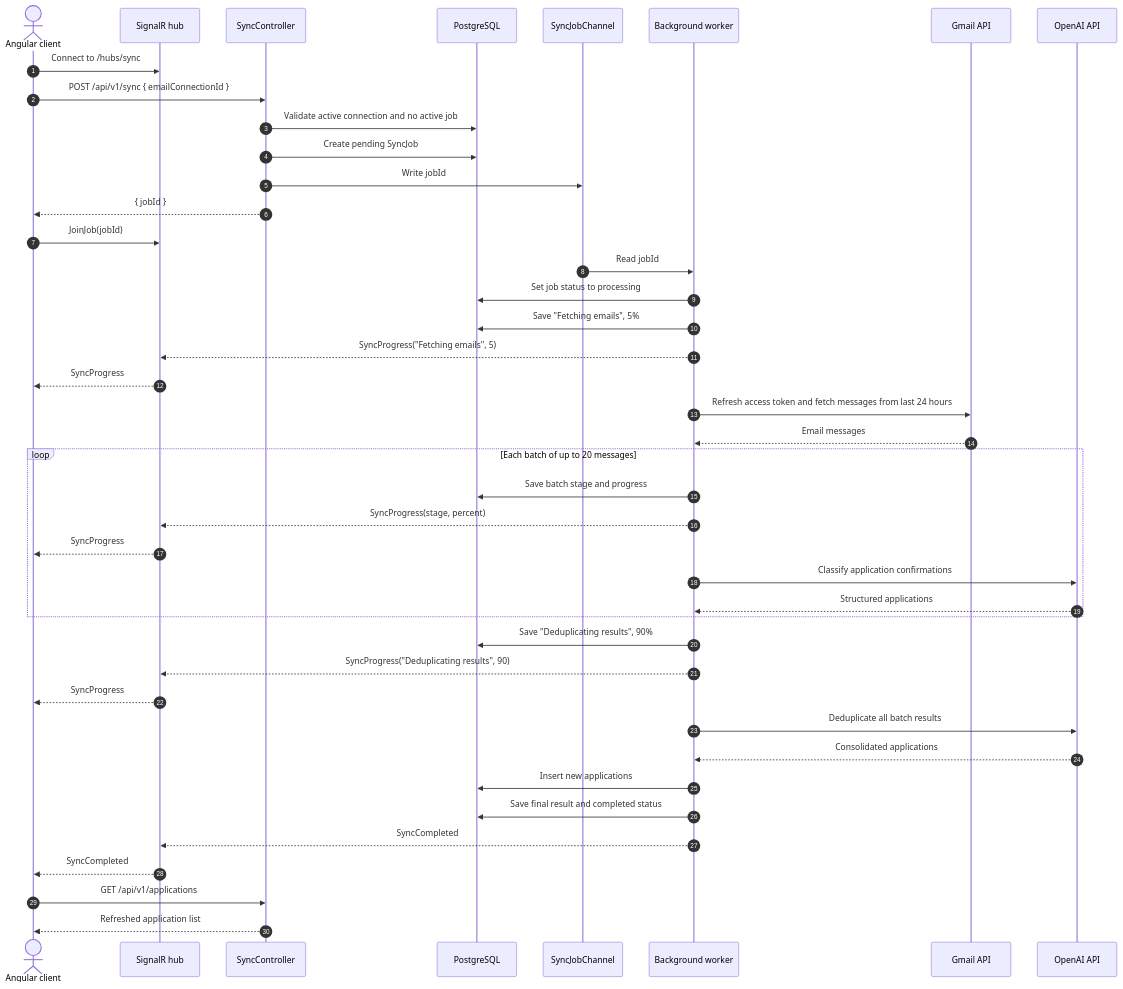
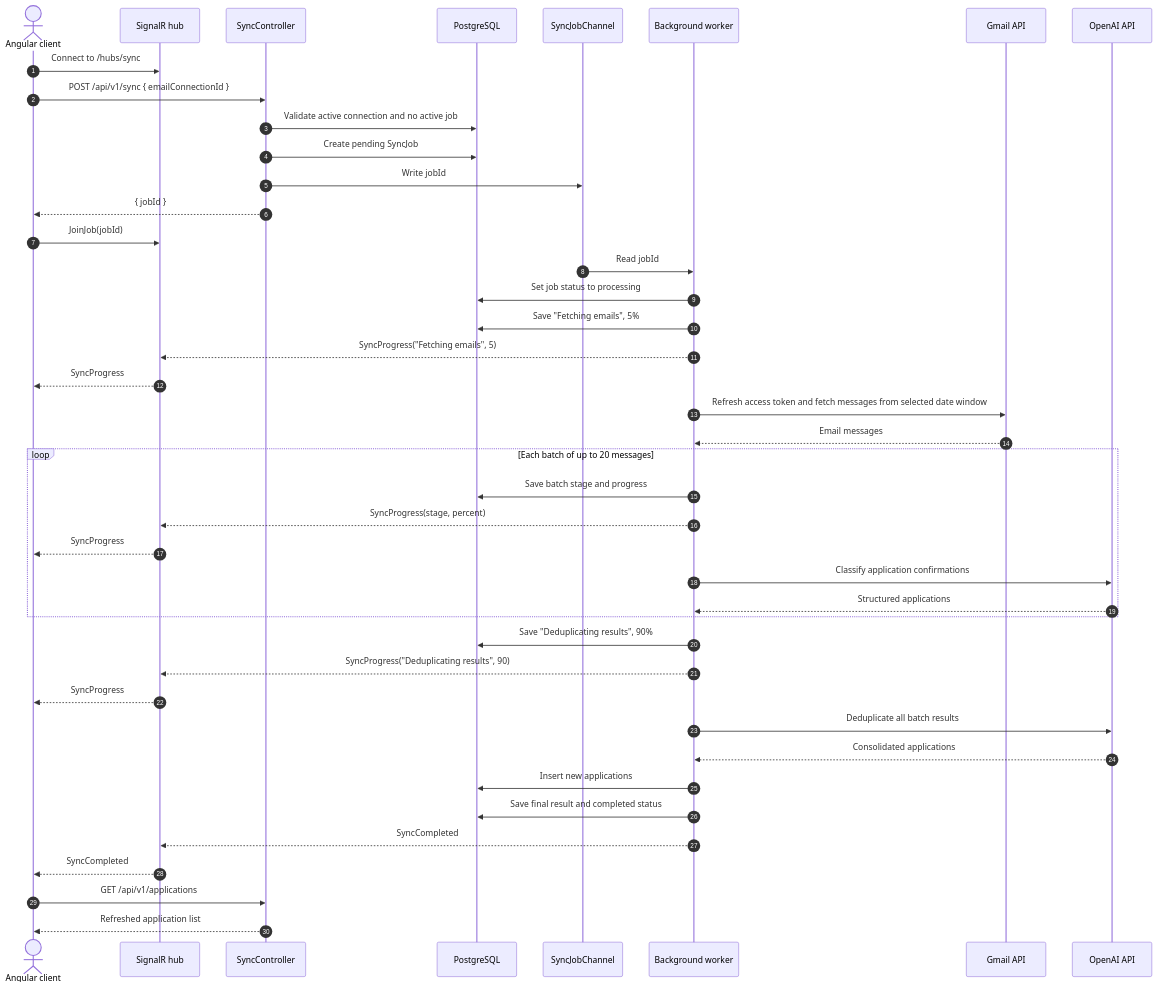
One commit to ndang247/job-sync changed the second of 2 diagrams in docs/specs/core-sync-architecture.md. Above: the diagram before and after it, drawn with Mermaid. The commit also changed other lines of this file and 14 other files, not shown here.

````diff
--- a/docs/specs/core-sync-architecture.md
+++ b/docs/specs/core-sync-architecture.md
@@ -107,50 +107,50 @@
 ```mermaid
 sequenceDiagram
     autonumber
     actor Client as Angular client
     participant Hub as SignalR hub
     participant API as SyncController
     participant DB as PostgreSQL
     participant Queue as SyncJobChannel
     participant Worker as Background worker
     participant Gmail as Gmail API
     participant AI as OpenAI API
 
     Client->>Hub: Connect to /hubs/sync
     Client->>API: POST /api/v1/sync { emailConnectionId }
     API->>DB: Validate active connection and no active job
     API->>DB: Create pending SyncJob
     API->>Queue: Write jobId
     API-->>Client: { jobId }
     Client->>Hub: JoinJob(jobId)
 
     Queue->>Worker: Read jobId
     Worker->>DB: Set job status to processing
     Worker->>DB: Save "Fetching emails", 5%
     Worker-->>Hub: SyncProgress("Fetching emails", 5)
     Hub-->>Client: SyncProgress
 
-    Worker->>Gmail: Refresh access token and fetch messages from last 24 hours
+    Worker->>Gmail: Refresh access token and fetch messages from selected date window
     Gmail-->>Worker: Email messages
 
     loop Each batch of up to 20 messages
         Worker->>DB: Save batch stage and progress
         Worker-->>Hub: SyncProgress(stage, percent)
         Hub-->>Client: SyncProgress
         Worker->>AI: Classify application confirmations
         AI-->>Worker: Structured applications
     end
 
     Worker->>DB: Save "Deduplicating results", 90%
     Worker-->>Hub: SyncProgress("Deduplicating results", 90)
     Hub-->>Client: SyncProgress
     Worker->>AI: Deduplicate all batch results
     AI-->>Worker: Consolidated applications
 
     Worker->>DB: Insert new applications
     Worker->>DB: Save final result and completed status
     Worker-->>Hub: SyncCompleted
     Hub-->>Client: SyncCompleted
     Client->>API: GET /api/v1/applications
     API-->>Client: Refreshed application list
 ```
````
